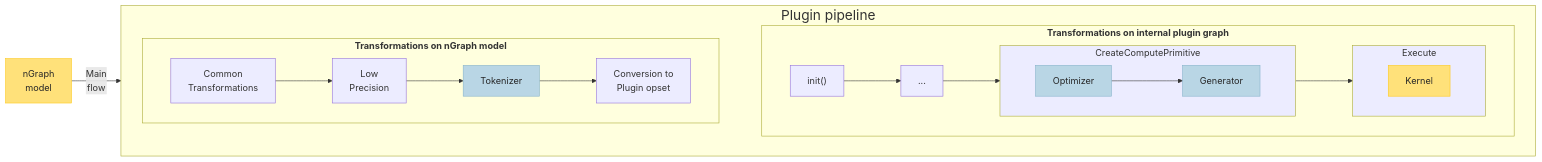
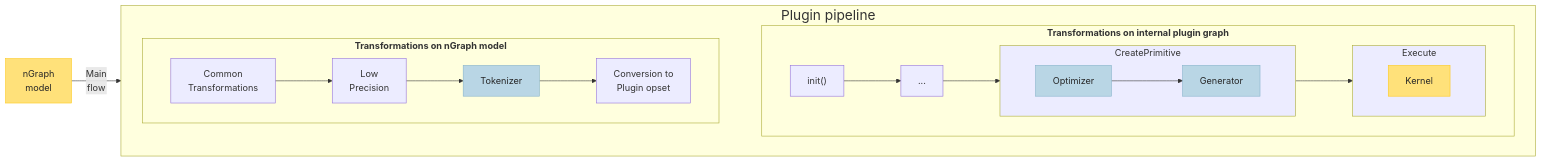
Before and after one commit to IvanNovoselov/openvino: the eighth of 12 diagrams in src/common/snippets/docs/snippets_design_guide.md, drawn with Mermaid. The commit also changed other lines of this file, not shown here.

````diff
--- a/src/common/snippets/docs/snippets_design_guide.md
+++ b/src/common/snippets/docs/snippets_design_guide.md
@@ -278,39 +276,39 @@
 ```mermaid
  graph LR
    subgraph Plugin[<font size=+2> Plugin pipeline </font>]
     direction LR
     subgraph ngraph[<b> Transformations on nGraph model </b>]
         direction LR
         common[Common \n Transformations]
         lpt[Low \n Precision]
         tokenize[Tokenizer]
         convert[Conversion to \n Plugin opset]
         common-->lpt-->tokenize-->convert
     end
     subgraph internal[<b> Transformations on internal plugin graph </b>]
          direction LR
          init["init()"]
-         subgraph create["CreateComputePrimitive"]
+         subgraph create["CreatePrimitive"]
             direction LR
             optimize[Optimizer]
             generate[Generator]
             optimize-->generate
          end
          subgraph execute["Execute"]
             direction LR
             Executable[Kernel]
          end
          init-->etc[...]-->create
          create-->execute
     end
    end
    Source[nGraph \n model]-->|Main \n flow|common
    convert~~~internal
 classDef no-bg-color fill:none,stroke-width:0px
 classDef steel1 fill:#B9D6E5, stroke: #86B3CA, color: #262626
 classDef daisy1 fill:#FFE17A, stroke: #FEC91B, color: #262626
 classDef dafault_node1 fill:#ECECFF
 class tokenize,optimize,generate steel1
 class Source,Executable daisy1
 class create,execute dafault_node1
 ```
````
